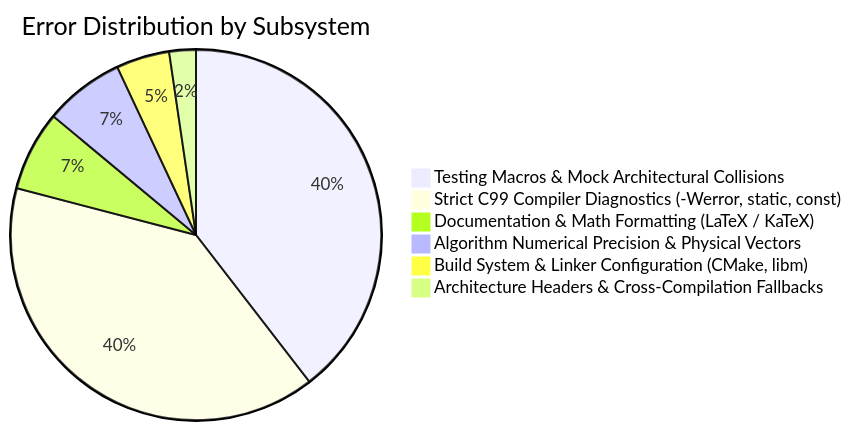
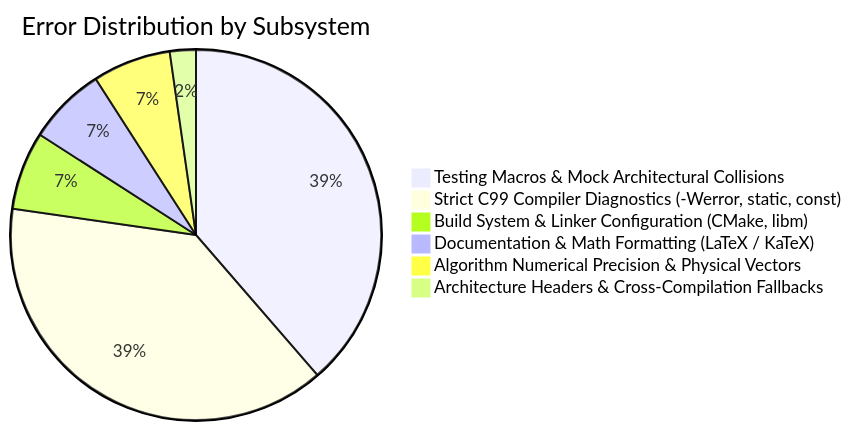
The diagram in context/errors/README.md (Thejus26/rain-predict), drawn with Mermaid before and after one commit. The commit also changed other lines of this file and 2 other files, not shown here.

Commit message:
fix(build): resolve ERR-044 duplicate nano.specs linker spec rename collision

````diff
--- a/context/errors/README.md
+++ b/context/errors/README.md
@@ -59,9 +60,9 @@
 ```mermaid
 pie title Error Distribution by Subsystem
     "Testing Macros & Mock Architectural Collisions" : 17
     "Strict C99 Compiler Diagnostics (-Werror, static, const)" : 17
+    "Build System & Linker Configuration (CMake, libm)" : 3
     "Documentation & Math Formatting (LaTeX / KaTeX)" : 3
     "Algorithm Numerical Precision & Physical Vectors" : 3
-    "Build System & Linker Configuration (CMake, libm)" : 2
     "Architecture Headers & Cross-Compilation Fallbacks" : 1
 ```
````
